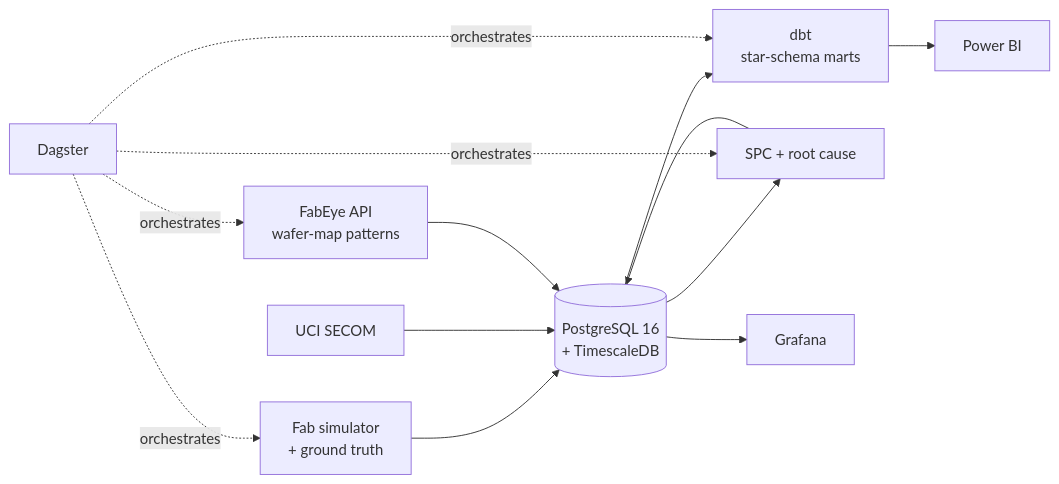
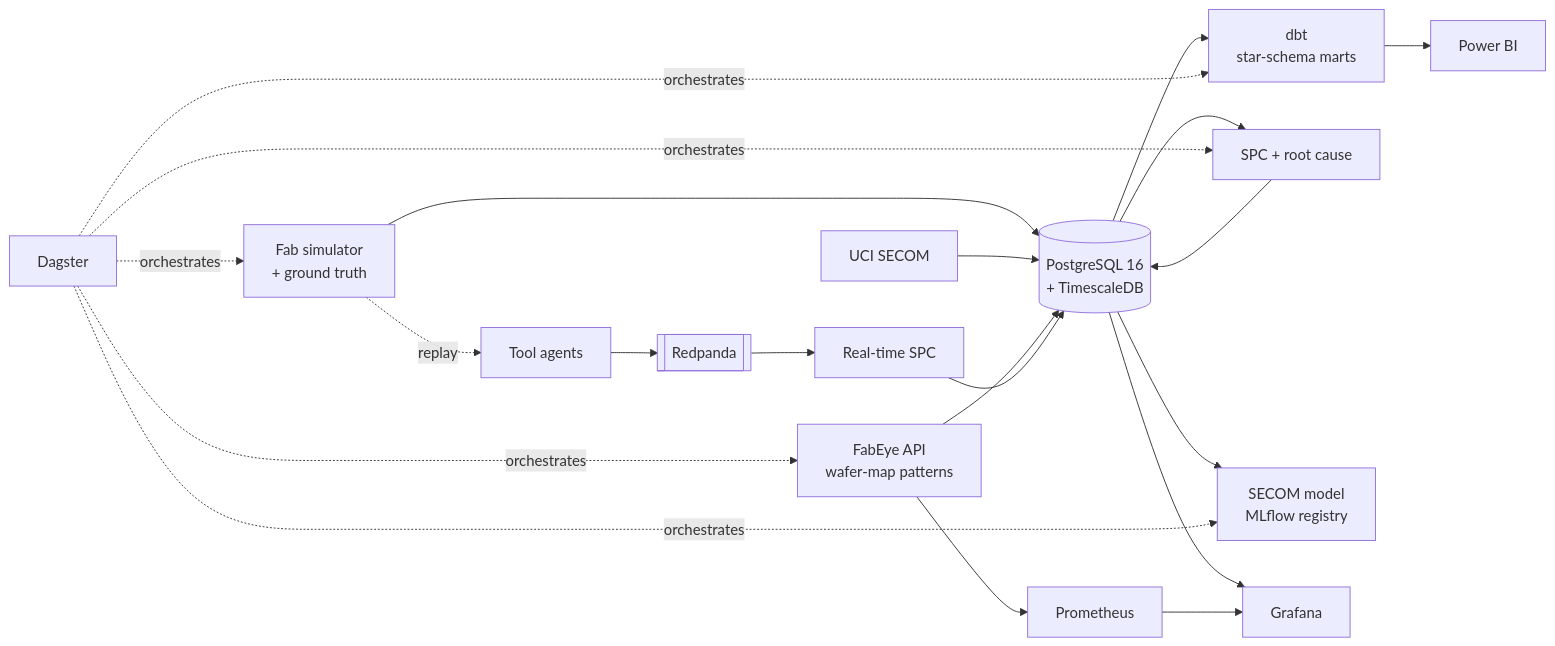
One commit to anson10/waferLens changed the diagram in README.md. Above: the diagram before and after it, drawn with Mermaid. The commit also changed other lines of this file and 31 other files, not shown here.

First line of the commit message:
feat(stream): real-time SPC on Redpanda, exactly once through Postgres

````diff
--- a/README.md
+++ b/README.md
@@ -122,12 +131,15 @@
 ```mermaid
 flowchart LR
     SIM[Fab simulator<br/>+ ground truth] --> DB[(PostgreSQL 16<br/>+ TimescaleDB)]
     SECOM[UCI SECOM] --> DB
     DB --> DBT[dbt<br/>star-schema marts]
     DB --> SPC[SPC + root cause]
     SPC --> DB
     FAB[FabEye API<br/>wafer-map patterns] --> DB
+    DB --> ML[SECOM model<br/>MLflow registry]
+    SIM -. replay .-> AG[Tool agents] --> RP[[Redpanda]] --> RT[Real-time SPC] --> DB
     DBT --> PBI[Power BI]
     DB --> GRAF[Grafana]
-    DAG[Dagster] -.orchestrates.-> SIM & DBT & SPC & FAB
+    FAB --> PROM[Prometheus] --> GRAF
+    DAG[Dagster] -.orchestrates.-> SIM & DBT & SPC & FAB & ML
 ```
````
